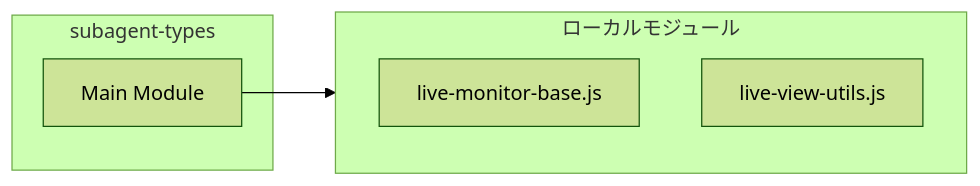
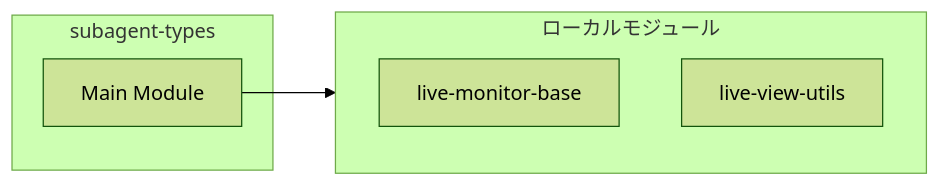
Before and after one commit to Mekann2904/mekann: the second of 2 diagrams in ABDD/.pi/lib/subagent-types.md, drawn with Mermaid (forest theme). The commit also changed other lines of this file and 174 other files, not shown here.

First line of the commit message:
fix(docs): ABDDのMermaid図生成エラーを修正する

````diff
--- a/ABDD/.pi/lib/subagent-types.md
+++ b/ABDD/.pi/lib/subagent-types.md
@@ -99,11 +99,11 @@
 ```mermaid
 flowchart LR
   subgraph this[subagent-types]
     main[Main Module]
   end
   subgraph local[ローカルモジュール]
-    live_monitor_base_js["live-monitor-base.js"]
-    live_view_utils_js["live-view-utils.js"]
+    live_monitor_base["live-monitor-base"]
+    live_view_utils["live-view-utils"]
   end
   main --> local
 ```
````
